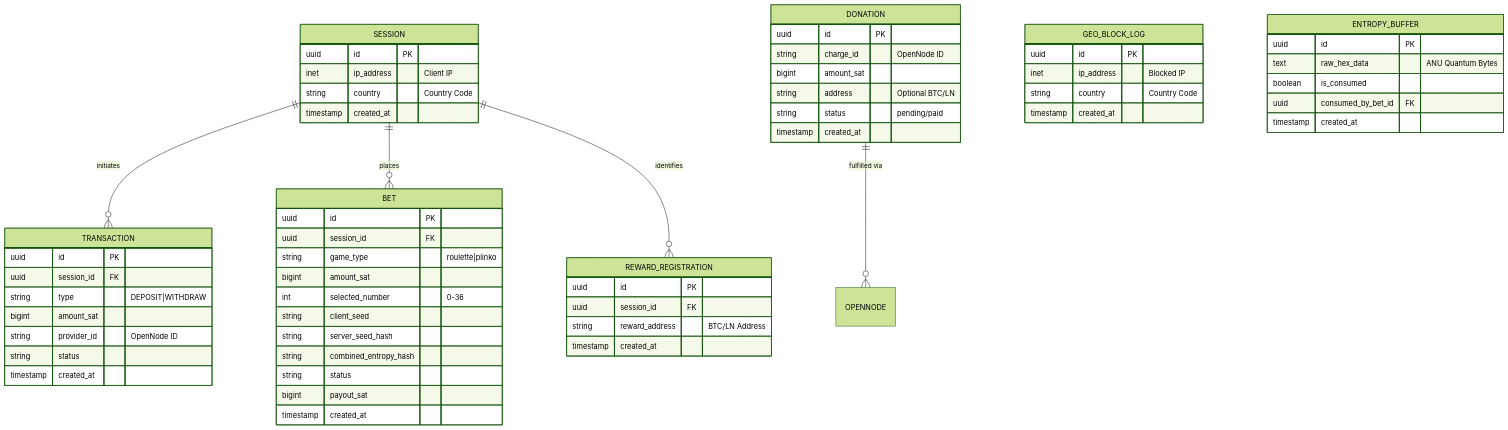
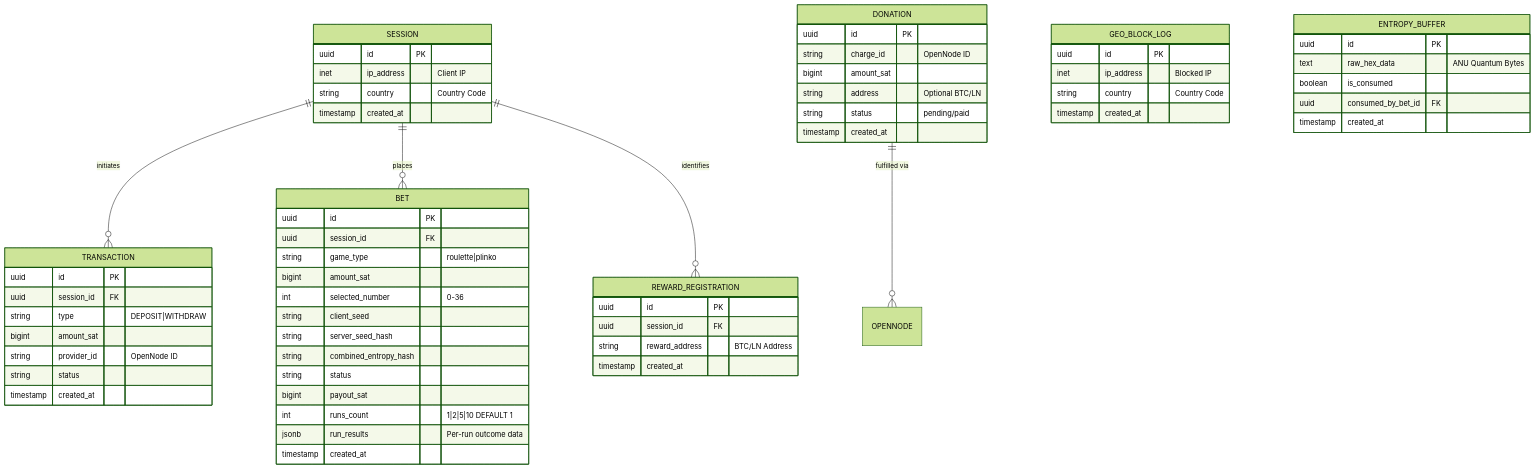
One commit to Rayo2010x/quantum-btc-backend changed the diagram in docs/03-Database/QM_Database_Schema.md. Above: the diagram before and after it, drawn with Mermaid (forest theme). The commit also changed other lines of this file and 6 other files, not shown here.

````diff
--- a/docs/03-Database/QM_Database_Schema.md
+++ b/docs/03-Database/QM_Database_Schema.md
@@ -10,67 +10,69 @@
 ```mermaid
 erDiagram
     SESSION ||--o{ TRANSACTION : initiates
     SESSION ||--o{ BET : places
     SESSION ||--o{ REWARD_REGISTRATION : identifies
     DONATION ||--o{ OPENNODE : "fulfilled via"
     GEO_BLOCK_LOG {
         uuid id PK
         inet ip_address "Blocked IP"
         string country "Country Code"
         timestamp created_at
     }
     SESSION {
         uuid id PK
         inet ip_address "Client IP"
         string country "Country Code"
         timestamp created_at
     }
 
     TRANSACTION {
         uuid id PK
         uuid session_id FK
         string type "DEPOSIT|WITHDRAW"
         bigint amount_sat
         string provider_id "OpenNode ID"
         string status
         timestamp created_at
     }
 
     BET {
         uuid id PK
         uuid session_id FK
         string game_type "roulette|plinko"
         bigint amount_sat
         int selected_number "0-36"
         string client_seed
         string server_seed_hash
         string combined_entropy_hash
         string status
         bigint payout_sat
+        int runs_count "1|2|5|10 DEFAULT 1"
+        jsonb run_results "Per-run outcome data"
         timestamp created_at
     }
 
     ENTROPY_BUFFER {
         uuid id PK
         text raw_hex_data "ANU Quantum Bytes"
         boolean is_consumed
         uuid consumed_by_bet_id FK
         timestamp created_at
     }
     
     REWARD_REGISTRATION {
         uuid id PK
         uuid session_id FK
         string reward_address "BTC/LN Address"
         timestamp created_at
     }
 
     DONATION {
         uuid id PK
         string charge_id "OpenNode ID"
         bigint amount_sat
         string address "Optional BTC/LN"
         string status "pending/paid"
         timestamp created_at
     }
 ```
````
